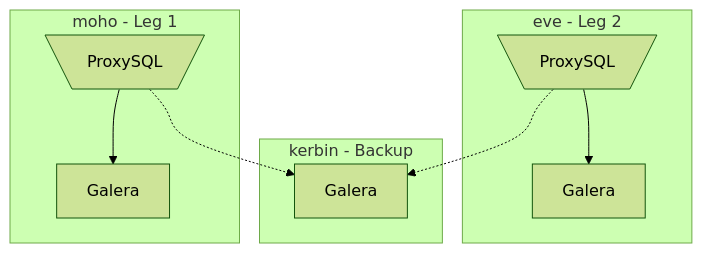
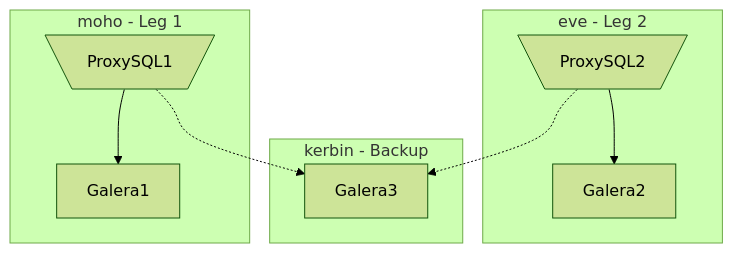
The diagram in README.md (ckmjreynolds/MariaDB-Stack), drawn with Mermaid (forest theme) before and after one commit. The commit also changed other lines of this file and 25 other files, not shown here.

````diff
--- a/README.md
+++ b/README.md
@@ -5,21 +5,21 @@
 ```mermaid
 graph TD
     mohoPS -.-> kerbinDB
     evePS -.-> kerbinDB
 
     subgraph eve - Leg 2
-        evePS[\ProxySQL/]
-        eveDB[Galera]
+        evePS[\ProxySQL2/]
+        eveDB[Galera2]
 
         evePS --> eveDB
     end
     subgraph kerbin - Backup
-        kerbinDB[Galera]
+        kerbinDB[Galera3]
     end
     subgraph moho - Leg 1
-        mohoPS[\ProxySQL/]
-        mohoDB[Galera]
+        mohoPS[\ProxySQL1/]
+        mohoDB[Galera1]
 
         mohoPS --> mohoDB
     end
 ```
````
